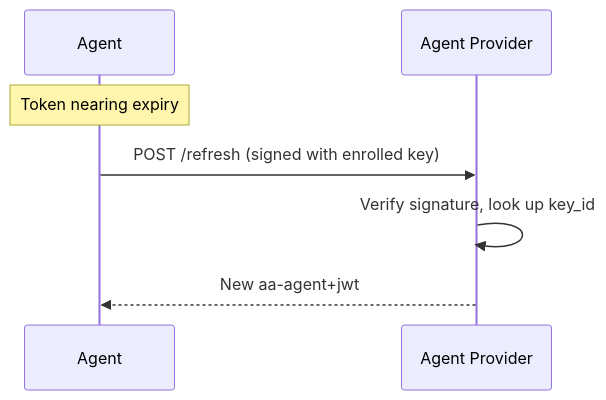
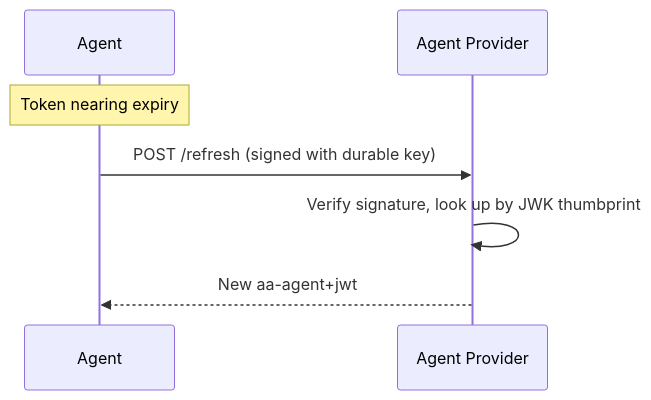
The third of 5 diagrams in docs/workflows/bootstrap-enrollment.md (aauth-dev/dotnet-samples), drawn with Mermaid before and after one commit. The commit also changed other lines of this file and 10 other files, not shown here.

Commit message:
Update docs to use LocalKeyHandle and clarify AP/agent key separation

````diff
--- a/docs/workflows/bootstrap-enrollment.md
+++ b/docs/workflows/bootstrap-enrollment.md
@@ -143,9 +149,9 @@
 ```mermaid
 sequenceDiagram
     participant Agent
     participant AP as Agent Provider
     Note over Agent: Token nearing expiry
-    Agent->>AP: POST /refresh (signed with enrolled key)
-    AP->>AP: Verify signature, look up key_id
+    Agent->>AP: POST /refresh (signed with durable key)
+    AP->>AP: Verify signature, look up by JWK thumbprint
     AP-->>Agent: New aa-agent+jwt
 ```
````
